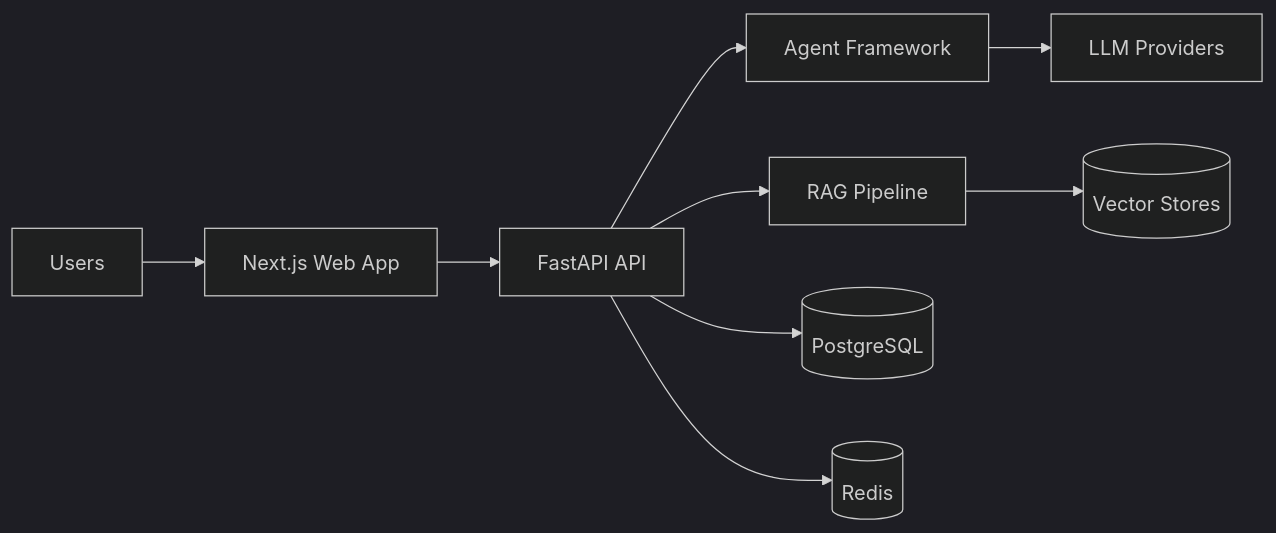
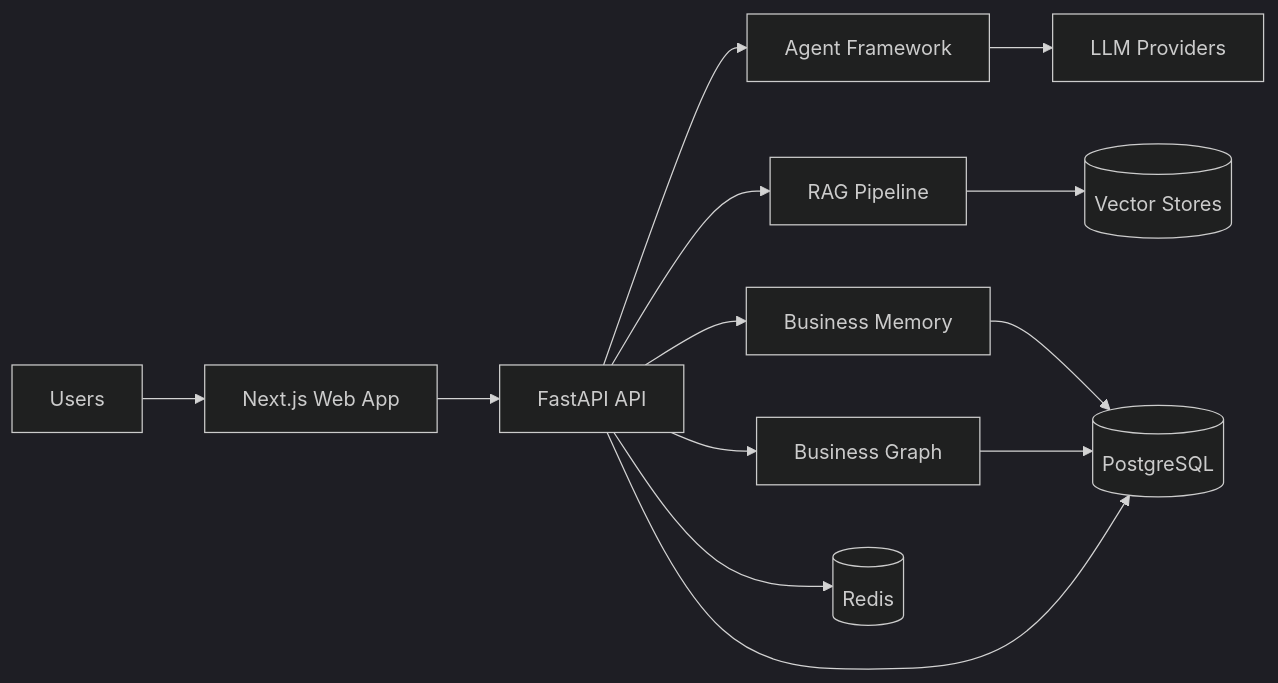
Before and after one commit to agentmason/agentmason: the diagram in README.md, drawn with Mermaid (dark theme). The commit also changed other lines of this file and 34 other files, not shown here.

````diff
--- a/README.md
+++ b/README.md
@@ -16,11 +18,15 @@
 ```mermaid
 flowchart LR
   User[Users] --> Web[Next.js Web App]
   Web --> API[FastAPI API]
   API --> Agents[Agent Framework]
   API --> RAG[RAG Pipeline]
+  API --> Memory[Business Memory]
+  API --> Graph[Business Graph]
   Agents --> LLM[LLM Providers]
   RAG --> Vector[(Vector Stores)]
-  API --> DB[(PostgreSQL)]
+  Memory --> DB[(PostgreSQL)]
+  Graph --> DB
+  API --> DB
   API --> Cache[(Redis)]
 ```
````
